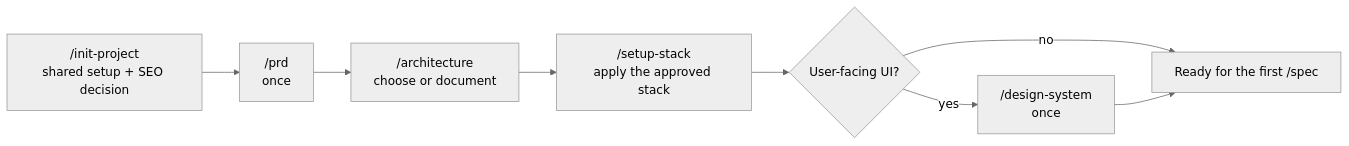
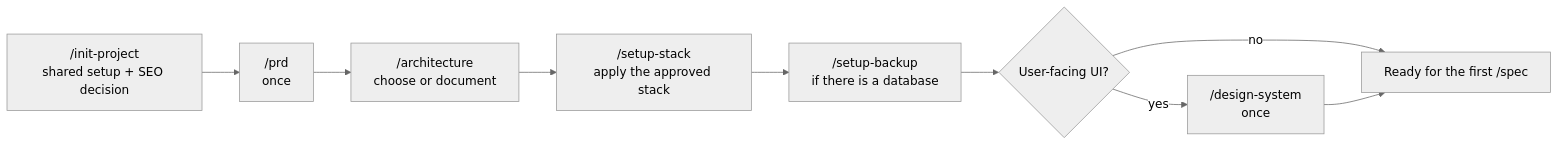
Before and after one commit to the-blue-coder/agentic-starter: the second of 6 diagrams in README.md, drawn with Mermaid (neutral theme). The commit also changed other lines of this file and 8 other files, not shown here.

Commit message:
make setup-backup a step of the setup sequence and fit it to api platform

````diff
--- a/README.md
+++ b/README.md
@@ -163,10 +166,11 @@
 ```mermaid
 flowchart LR
   init["/init-project<br/>shared setup + SEO decision"] --> prd["/prd<br/>once"]
   prd --> architecture["/architecture<br/>choose or document"]
   architecture --> setup["/setup-stack<br/>apply the approved stack"]
-  setup --> ui{"User-facing UI?"}
+  setup --> backup["/setup-backup<br/>if there is a database"]
+  backup --> ui{"User-facing UI?"}
   ui -- no --> firstSpec["Ready for the first /spec"]
   ui -- yes --> design["/design-system<br/>once"]
   design --> firstSpec
 ```
````
